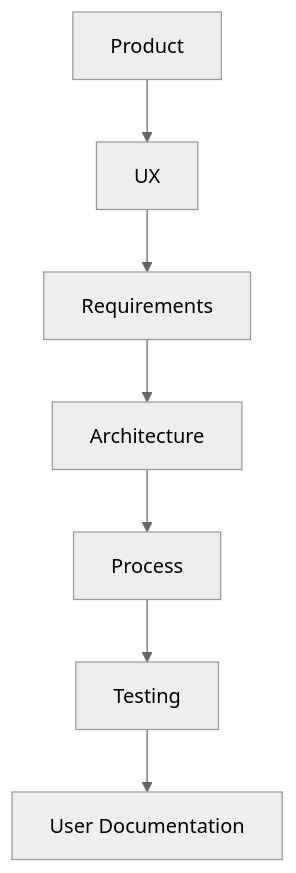
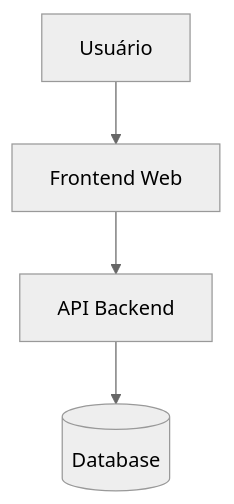
The diagram in docs/index.md (ivnavalenca/rifa-digital), drawn with Mermaid (neutral theme) before and after one commit. The commit also changed other lines of this file, not shown here.

````diff
--- a/docs/index.md
+++ b/docs/index.md
@@ -22,10 +40,15 @@
 ```mermaid
-flowchart TD
+graph TD
 
-Product[Product] --> UX[UX]
-UX --> Requirements[Requirements]
-Requirements --> Architecture[Architecture]
-Architecture --> Process[Process]
-Process --> Testing[Testing]
-Testing --> User[User Documentation]
+User[Usuário]
+
+Frontend[Frontend Web]
+
+Backend[API Backend]
+
+Database[(Database)]
+
+User --> Frontend
+Frontend --> Backend
+Backend --> Database
 ```
````
